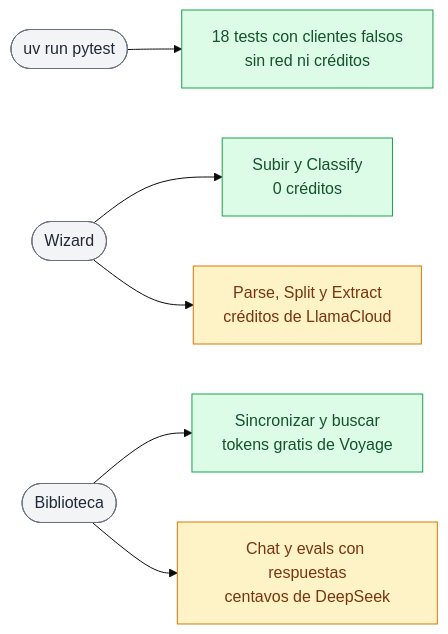
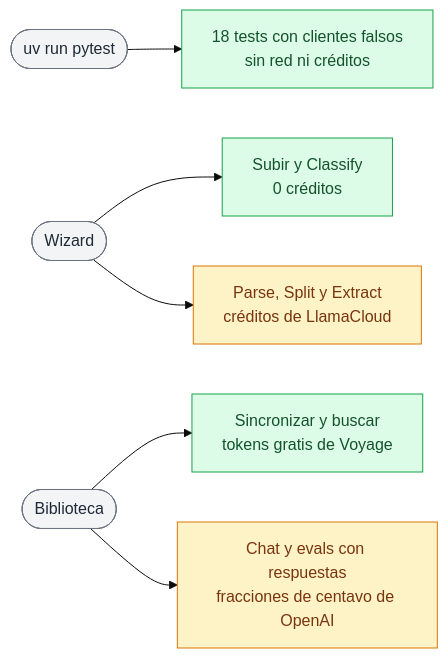
One commit to javi2481/parla-rag changed the fifth of 6 diagrams in README.md. Above: the diagram before and after it, drawn with Mermaid (base theme). The commit also changed other lines of this file and 5 other files, not shown here.

Commit message:
docs: README, plan, estado y bitacora con el corpus nuevo, el diseno y el plan del chat principal

````diff
--- a/README.md
+++ b/README.md
@@ -433,15 +313,15 @@
 ```mermaid
 flowchart LR
     T(["uv run pytest"]) --> F["18 tests con clientes falsos<br/>sin red ni créditos"]
     W(["Wizard"]) --> W1["Subir y Classify<br/>0 créditos"]
     W --> W2["Parse, Split y Extract<br/>créditos de LlamaCloud"]
     B(["Biblioteca"]) --> B1["Sincronizar y buscar<br/>tokens gratis de Voyage"]
-    B --> B2["Chat y evals con respuestas<br/>centavos de DeepSeek"]
+    B --> B2["Chat y evals con respuestas<br/>fracciones de centavo de OpenAI"]
 
     classDef gratis fill:#dcfce7,stroke:#16a34a,color:#14532d
     classDef paga fill:#fef3c7,stroke:#d97706,color:#78350f
     classDef inicio fill:#f3f4f6,stroke:#6b7280,color:#1f2937
     class T,W,B inicio
     class F,W1,B1 gratis
     class W2,B2 paga
 ```
````
